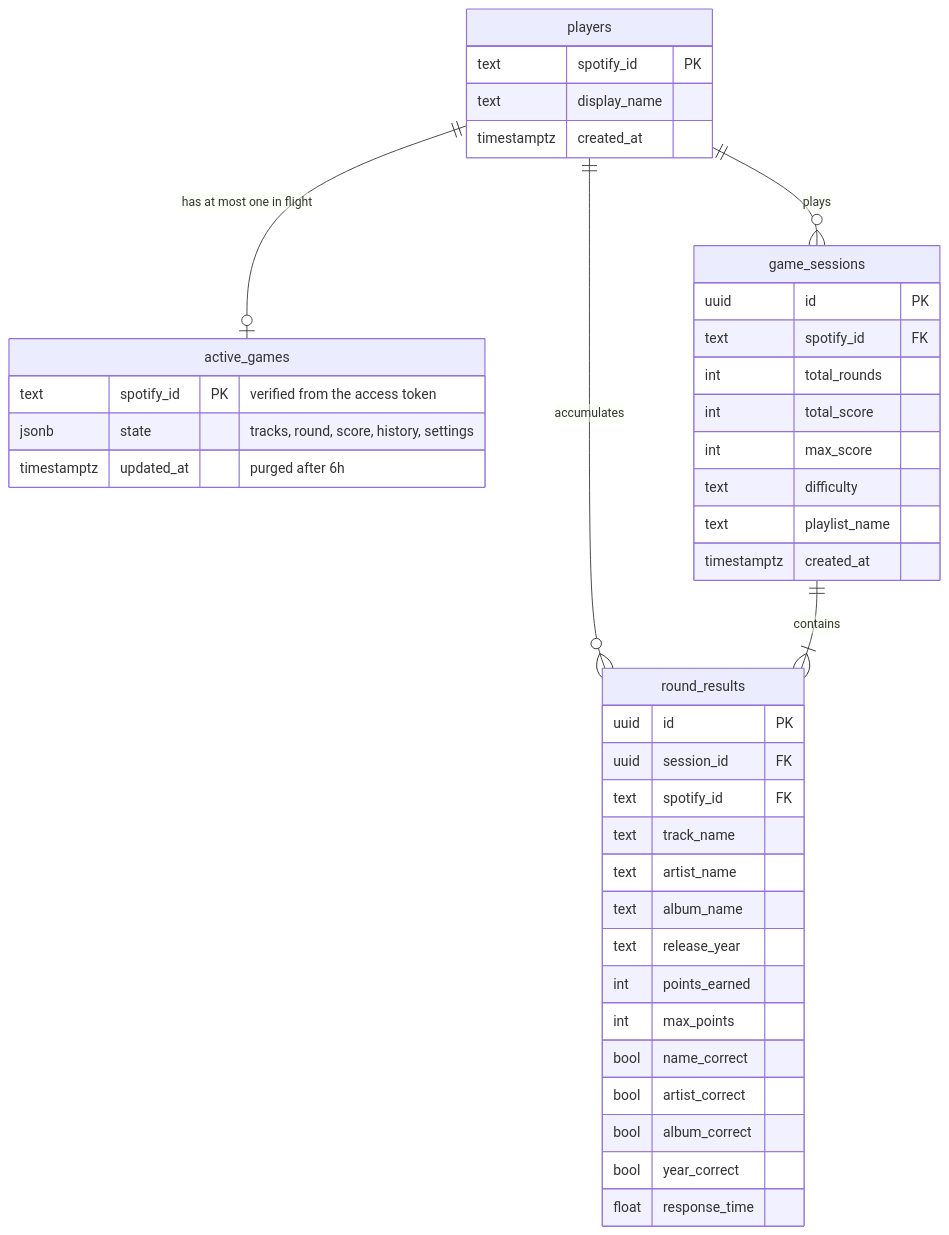
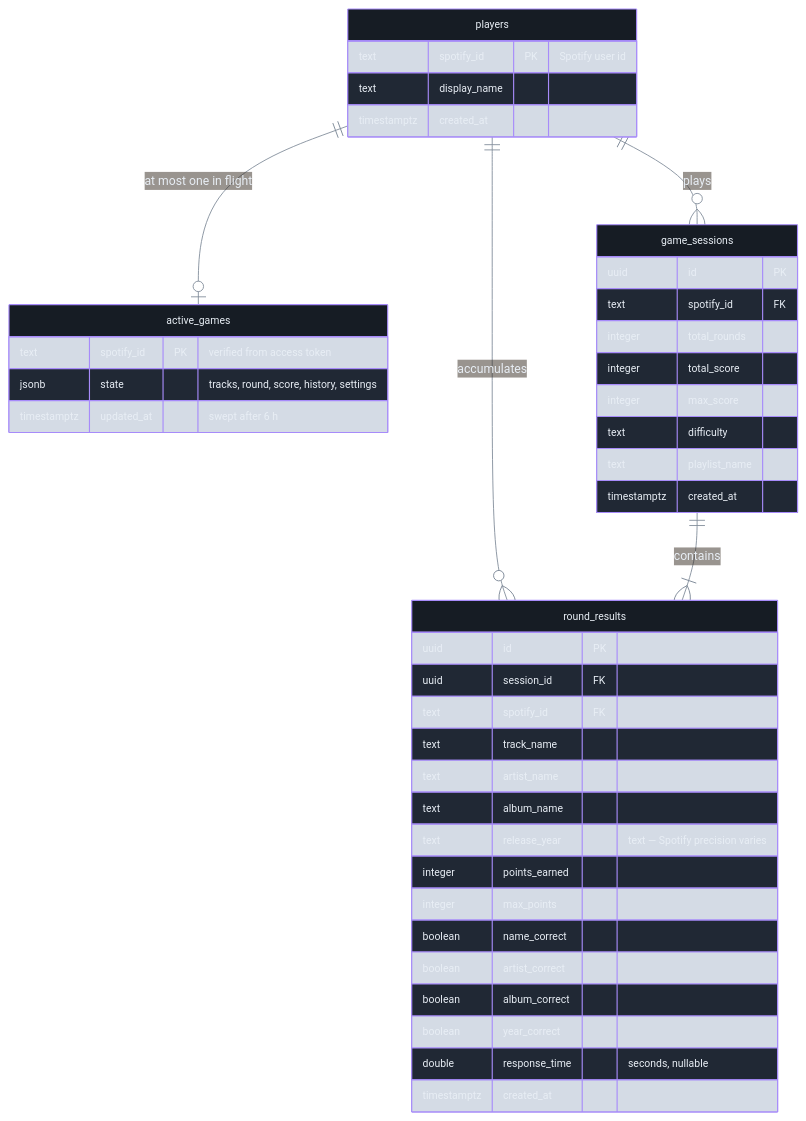
The sixth of 7 diagrams in README.md (VaibhaVSharmaVvs/Beatify), drawn with Mermaid before and after one commit. The commit also changed other lines of this file and 1 other file, not shown here.

First line of the commit message:
Rewrite the README against the code, and add the missing base migration

````diff
--- a/README.md
+++ b/README.md
@@ -277,47 +440,49 @@
 ```mermaid
+%%{init: {'theme':'base','themeVariables':{'fontFamily':'ui-sans-serif, system-ui, Segoe UI, sans-serif','fontSize':'12px','primaryColor':'#161c24','primaryTextColor':'#e8eef5','primaryBorderColor':'#a78bfa','lineColor':'#7f8b99','attributeBackgroundColorOdd':'#161c24','attributeBackgroundColorEven':'#1d2530'}}}%%
 erDiagram
     players {
-        text spotify_id PK
+        text spotify_id PK "Spotify user id"
         text display_name
         timestamptz created_at
     }
 
     active_games {
-        text spotify_id PK "verified from the access token"
+        text spotify_id PK "verified from access token"
         jsonb state "tracks, round, score, history, settings"
-        timestamptz updated_at "purged after 6h"
+        timestamptz updated_at "swept after 6 h"
     }
 
     game_sessions {
         uuid id PK
         text spotify_id FK
-        int total_rounds
-        int total_score
-        int max_score
+        integer total_rounds
+        integer total_score
+        integer max_score
         text difficulty
         text playlist_name
         timestamptz created_at
     }
 
     round_results {
         uuid id PK
         uuid session_id FK
         text spotify_id FK
         text track_name
         text artist_name
         text album_name
-        text release_year
-        int points_earned
-        int max_points
-        bool name_correct
-        bool artist_correct
-        bool album_correct
-        bool year_correct
-        float response_time
+        text release_year "text — Spotify precision varies"
+        integer points_earned
+        integer max_points
+        boolean name_correct
+        boolean artist_correct
+        boolean album_correct
+        boolean year_correct
+        double response_time "seconds, nullable"
+        timestamptz created_at
     }
 
-    players ||--o{ game_sessions : "plays"
-    players ||--o{ round_results : "accumulates"
-    game_sessions ||--|{ round_results : "contains"
-    players ||--o| active_games : "has at most one in flight"
+    players ||--o{ game_sessions : plays
+    players ||--o{ round_results : accumulates
+    game_sessions ||--|{ round_results : contains
+    players ||--o| active_games : "at most one in flight"
 ```
````
